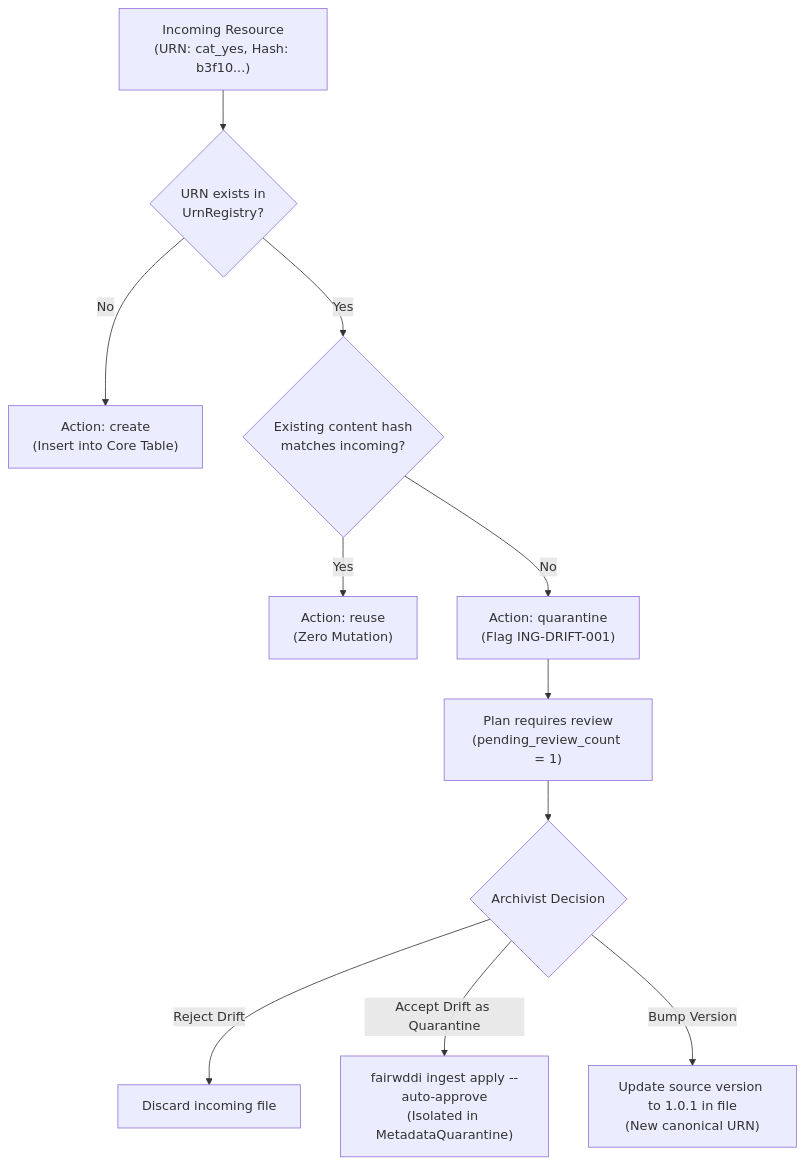
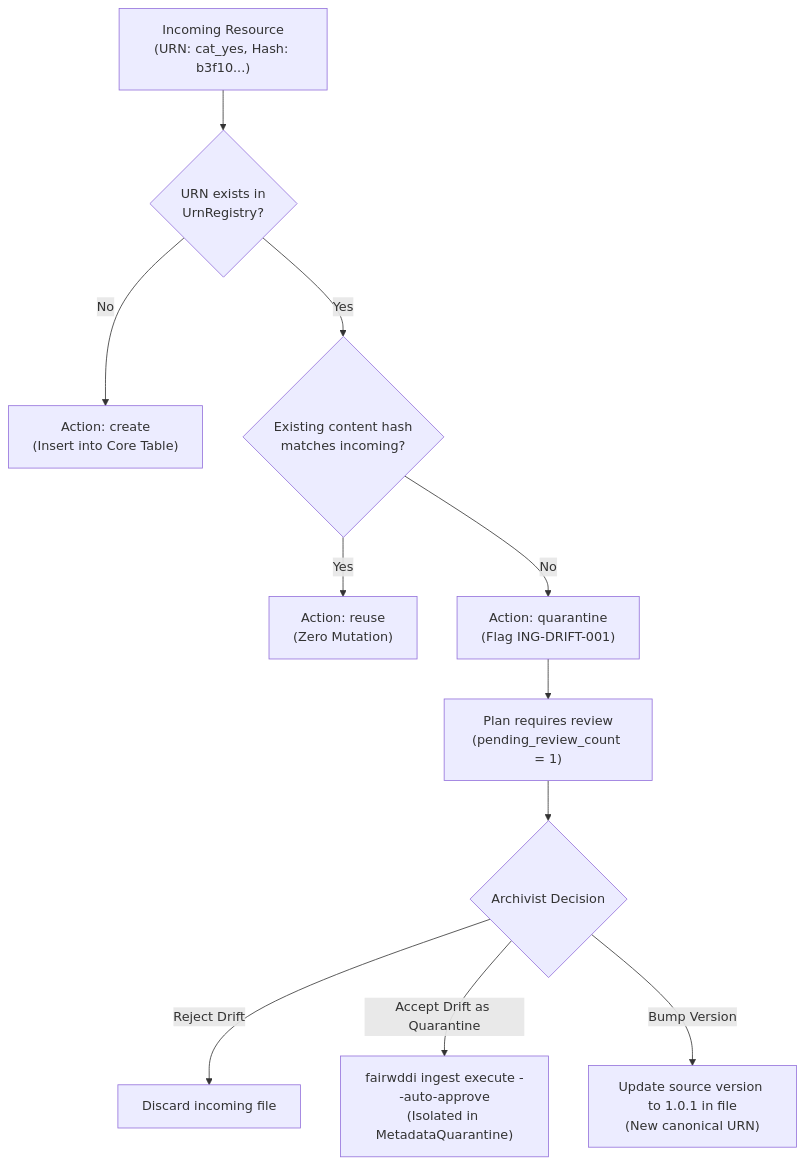
The third of 3 diagrams in deliverables/research/ingestion_troubleshooting_and_qa.md (PlgaH/fairwddi-wp3-3), drawn with Mermaid before and after one commit. The commit also changed other lines of this file and 7 other files, not shown here.

Commit message:
refactor: rename ingest apply command to execute

````diff
--- a/deliverables/research/ingestion_troubleshooting_and_qa.md
+++ b/deliverables/research/ingestion_troubleshooting_and_qa.md
@@ -276,14 +276,14 @@
 ```mermaid
 flowchart TD
     Incoming["Incoming Resource\n(URN: cat_yes, Hash: b3f10...)"] --> Check{"URN exists in\nUrnRegistry?"}
     Check -->|No| Create["Action: create\n(Insert into Core Table)"]
     Check -->|Yes| HashMatch{"Existing content hash\nmatches incoming?"}
     HashMatch -->|Yes| Reuse["Action: reuse\n(Zero Mutation)"]
     HashMatch -->|No| Quarantine["Action: quarantine\n(Flag ING-DRIFT-001)"]
     
     Quarantine --> PlanHalt["Plan requires review\n(pending_review_count = 1)"]
     PlanHalt --> Triage{"Archivist Decision"}
     Triage -->|Reject Drift| Drop["Discard incoming file"]
-    Triage -->|Accept Drift as Quarantine| ApplyQuar["fairwddi ingest apply --auto-approve\n(Isolated in MetadataQuarantine)"]
+    Triage -->|Accept Drift as Quarantine| ApplyQuar["fairwddi ingest execute --auto-approve\n(Isolated in MetadataQuarantine)"]
     Triage -->|Bump Version| Version["Update source version to 1.0.1 in file\n(New canonical URN)"]
 ```
````
